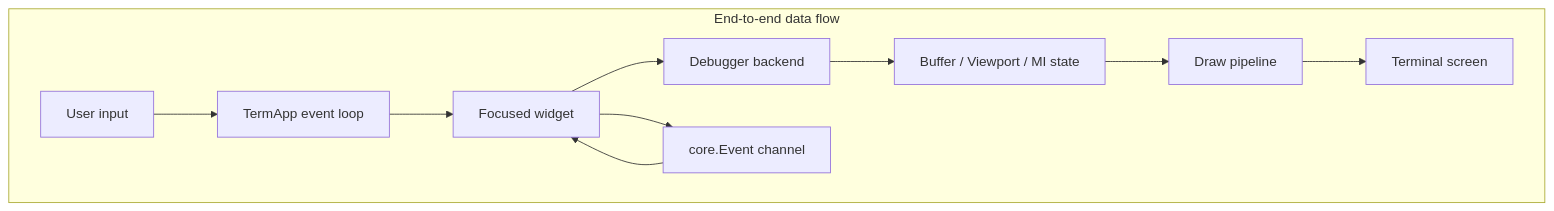
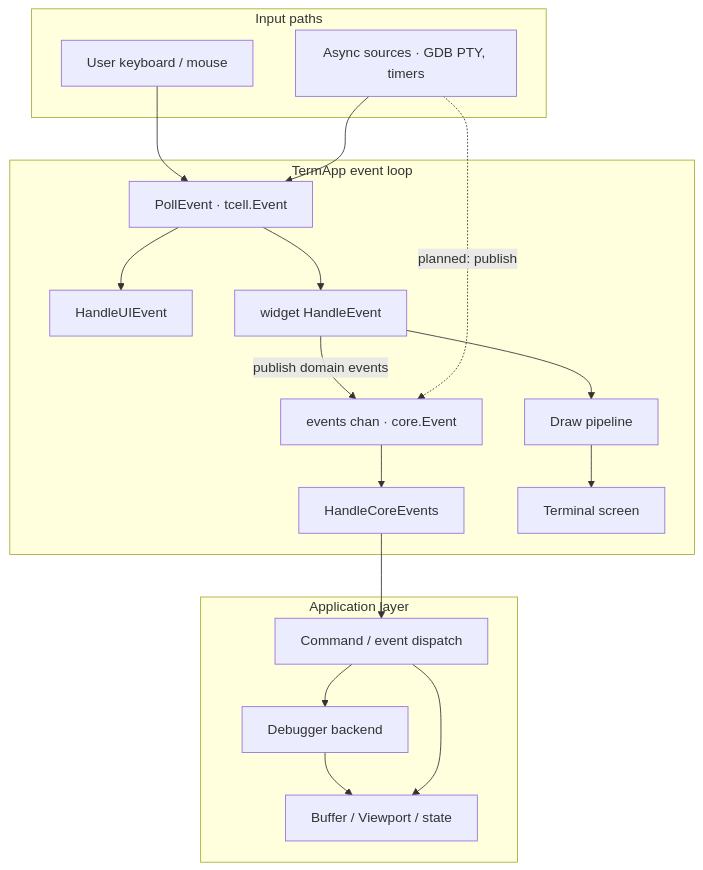
The diagram in docs/diagrams/data_flow.mermaid (yairgd/gdbforge), drawn with Mermaid before and after one commit. The commit also changed 9 other files, not shown here.

```diff
--- a/docs/diagrams/data_flow.mermaid
+++ b/docs/diagrams/data_flow.mermaid
@@ -1,20 +1,34 @@
 flowchart TB
-    subgraph DataFlow["End-to-end data flow"]
-        User["User input"]
-        TermApp["TermApp event loop"]
-        Widget["Focused widget"]
-        CoreEvt["core.Event channel"]
-        Debugger["Debugger backend"]
-        Model["Buffer / Viewport / MI state"]
+    subgraph Input["Input paths"]
+        User["User keyboard / mouse"]
+        Async["Async sources · GDB PTY, timers"]
+    end
+
+    subgraph TermApp["TermApp event loop"]
+        Poll["PollEvent · tcell.Event"]
+        Bus["events chan · core.Event"]
+        UIHandler["HandleUIEvent"]
+        Widgets["widget HandleEvent"]
+        CoreHub["HandleCoreEvents"]
         Draw["Draw pipeline"]
         Screen["Terminal screen"]
     end
 
-    User --> TermApp
-    TermApp --> Widget
-    Widget --> Debugger
+    subgraph App["Application layer"]
+        Dispatch["Command / event dispatch"]
+        Debugger["Debugger backend"]
+        Model["Buffer / Viewport / state"]
+    end
+
+    User --> Poll
+    Async --> Poll
+    Poll --> UIHandler
+    Poll --> Widgets
+    Widgets -->|"publish domain events"| Bus
+    Async -.->|"planned: publish"| Bus
+    Bus --> CoreHub --> Dispatch
+    Dispatch --> Debugger
     Debugger --> Model
-    Model --> Draw
+    Dispatch --> Model
+    Widgets --> Draw
     Draw --> Screen
-    Widget --> CoreEvt
-    CoreEvt --> Widget
```
